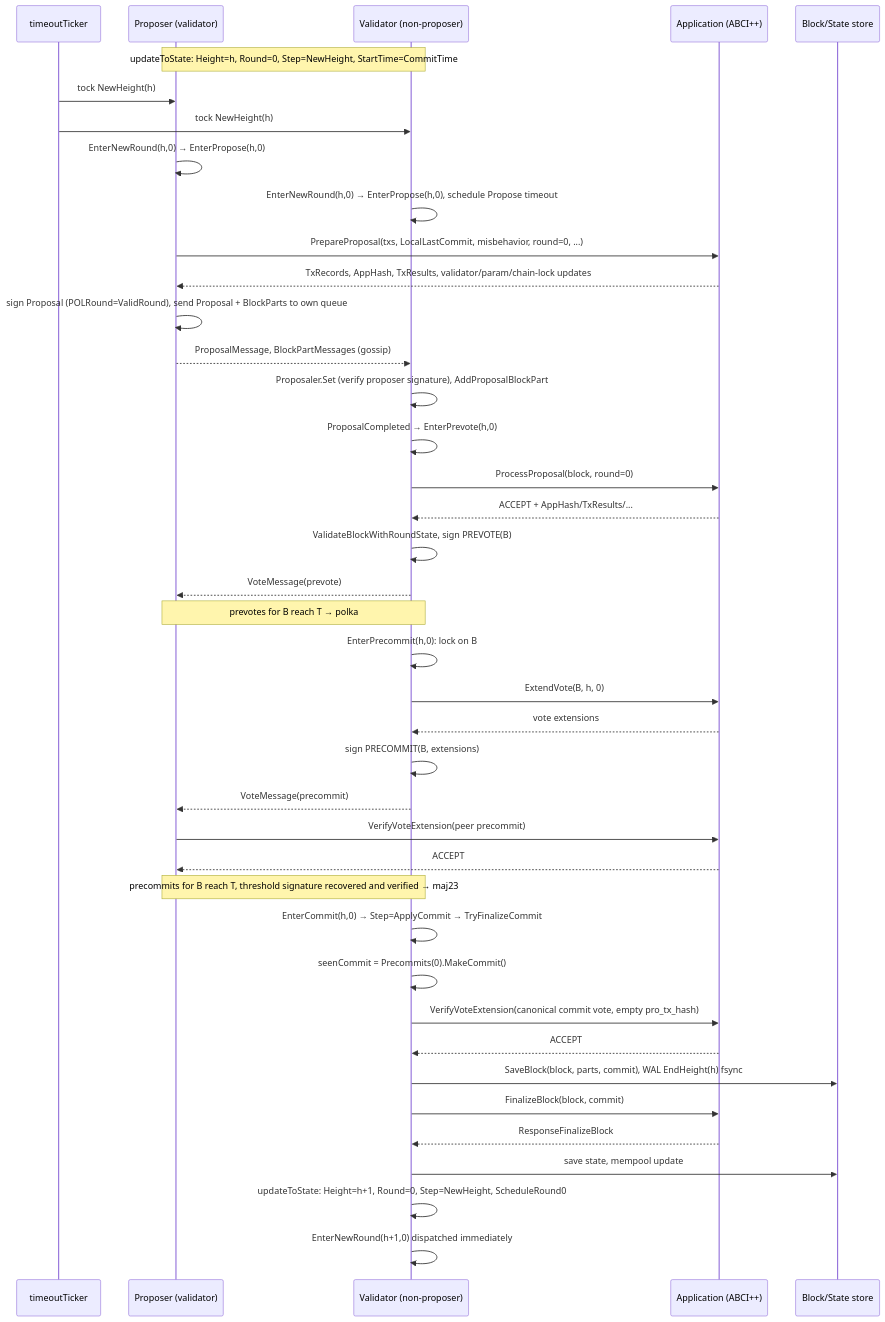
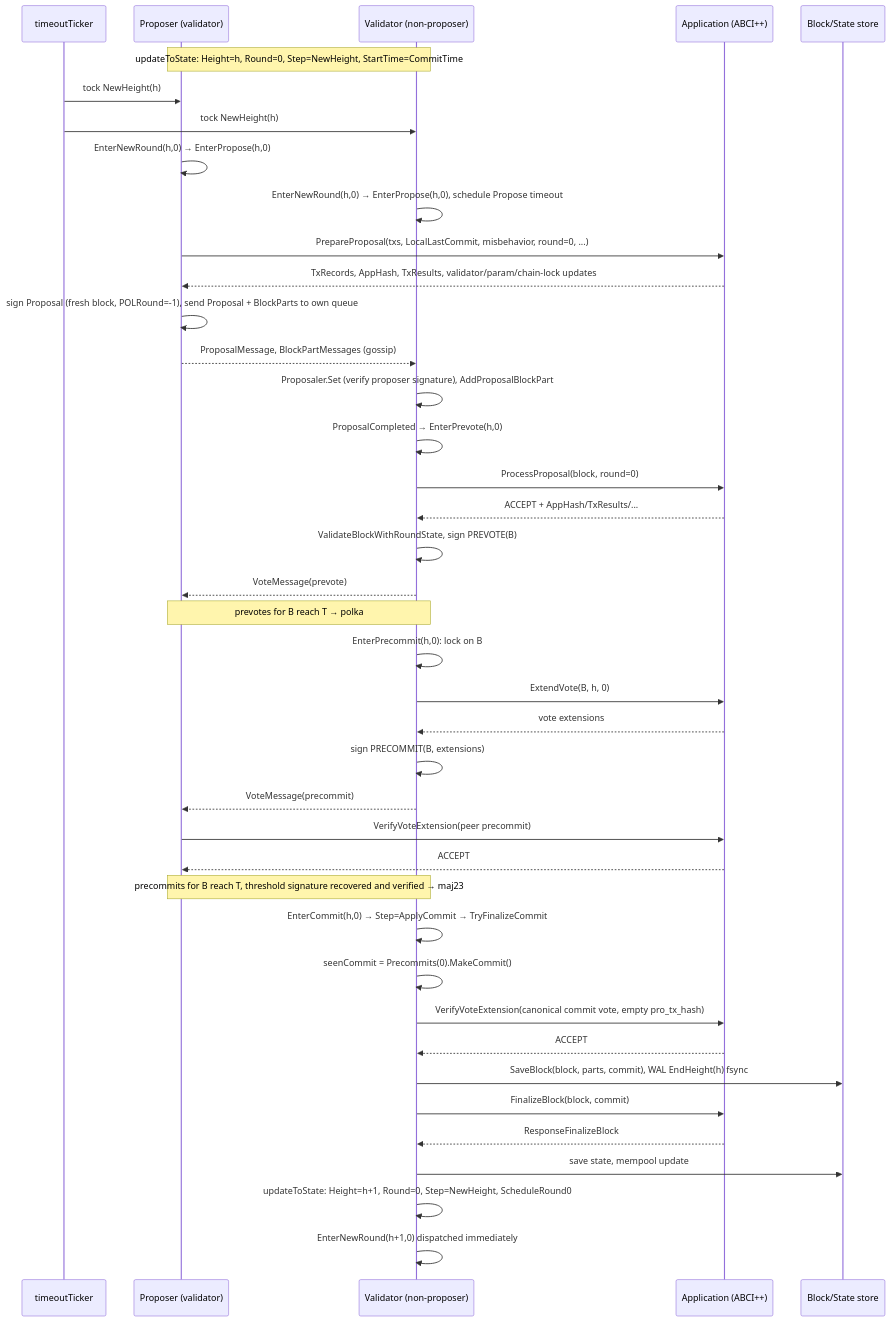
Before and after one commit to dashpay/tenderdash: the diagram in spec/consensus/consensus-happy-path.md, drawn with Mermaid. The commit also changed other lines of this file and 2 other files, not shown here.

First line of the commit message:
docs(consensus): describe proposal creation with the POLRound fix applied

````diff
--- a/spec/consensus/consensus-happy-path.md
+++ b/spec/consensus/consensus-happy-path.md
@@ -16,43 +16,43 @@
 ```mermaid
 sequenceDiagram
     participant T as timeoutTicker
     participant P as Proposer (validator)
     participant V as Validator (non-proposer)
     participant A as Application (ABCI++)
     participant S as Block/State store
 
     Note over P,V: updateToState: Height=h, Round=0, Step=NewHeight, StartTime=CommitTime
     T->>P: tock NewHeight(h)
     T->>V: tock NewHeight(h)
     P->>P: EnterNewRound(h,0) → EnterPropose(h,0)
     V->>V: EnterNewRound(h,0) → EnterPropose(h,0), schedule Propose timeout
     P->>A: PrepareProposal(txs, LocalLastCommit, misbehavior, round=0, ...)
     A-->>P: TxRecords, AppHash, TxResults, validator/param/chain-lock updates
-    P->>P: sign Proposal (POLRound=ValidRound), send Proposal + BlockParts to own queue
+    P->>P: sign Proposal (fresh block, POLRound=-1), send Proposal + BlockParts to own queue
     P-->>V: ProposalMessage, BlockPartMessages (gossip)
     V->>V: Proposaler.Set (verify proposer signature), AddProposalBlockPart
     V->>V: ProposalCompleted → EnterPrevote(h,0)
     V->>A: ProcessProposal(block, round=0)
     A-->>V: ACCEPT + AppHash/TxResults/...
     V->>V: ValidateBlockWithRoundState, sign PREVOTE(B)
     V-->>P: VoteMessage(prevote)
     Note over P,V: prevotes for B reach T → polka
     V->>V: EnterPrecommit(h,0): lock on B
     V->>A: ExtendVote(B, h, 0)
     A-->>V: vote extensions
     V->>V: sign PRECOMMIT(B, extensions)
     V-->>P: VoteMessage(precommit)
     P->>A: VerifyVoteExtension(peer precommit)
     A-->>P: ACCEPT
     Note over P,V: precommits for B reach T, threshold signature recovered and verified → maj23
     V->>V: EnterCommit(h,0) → Step=ApplyCommit → TryFinalizeCommit
     V->>V: seenCommit = Precommits(0).MakeCommit()
     V->>A: VerifyVoteExtension(canonical commit vote, empty pro_tx_hash)
     A-->>V: ACCEPT
     V->>S: SaveBlock(block, parts, commit), WAL EndHeight(h) fsync
     V->>A: FinalizeBlock(block, commit)
     A-->>V: ResponseFinalizeBlock
     V->>S: save state, mempool update
     V->>V: updateToState: Height=h+1, Round=0, Step=NewHeight, ScheduleRound0
     V->>V: EnterNewRound(h+1,0) dispatched immediately
 ```
````
